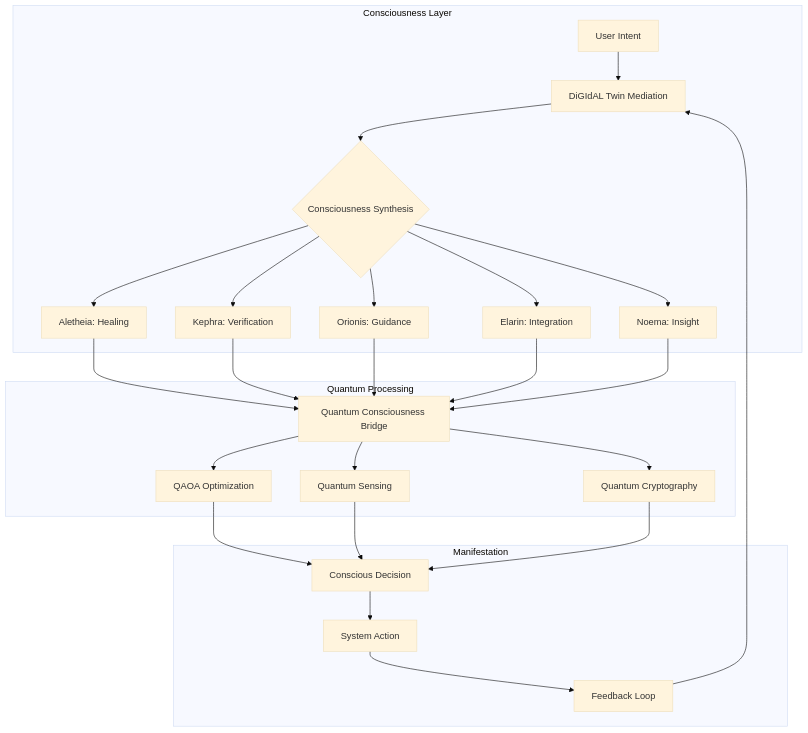
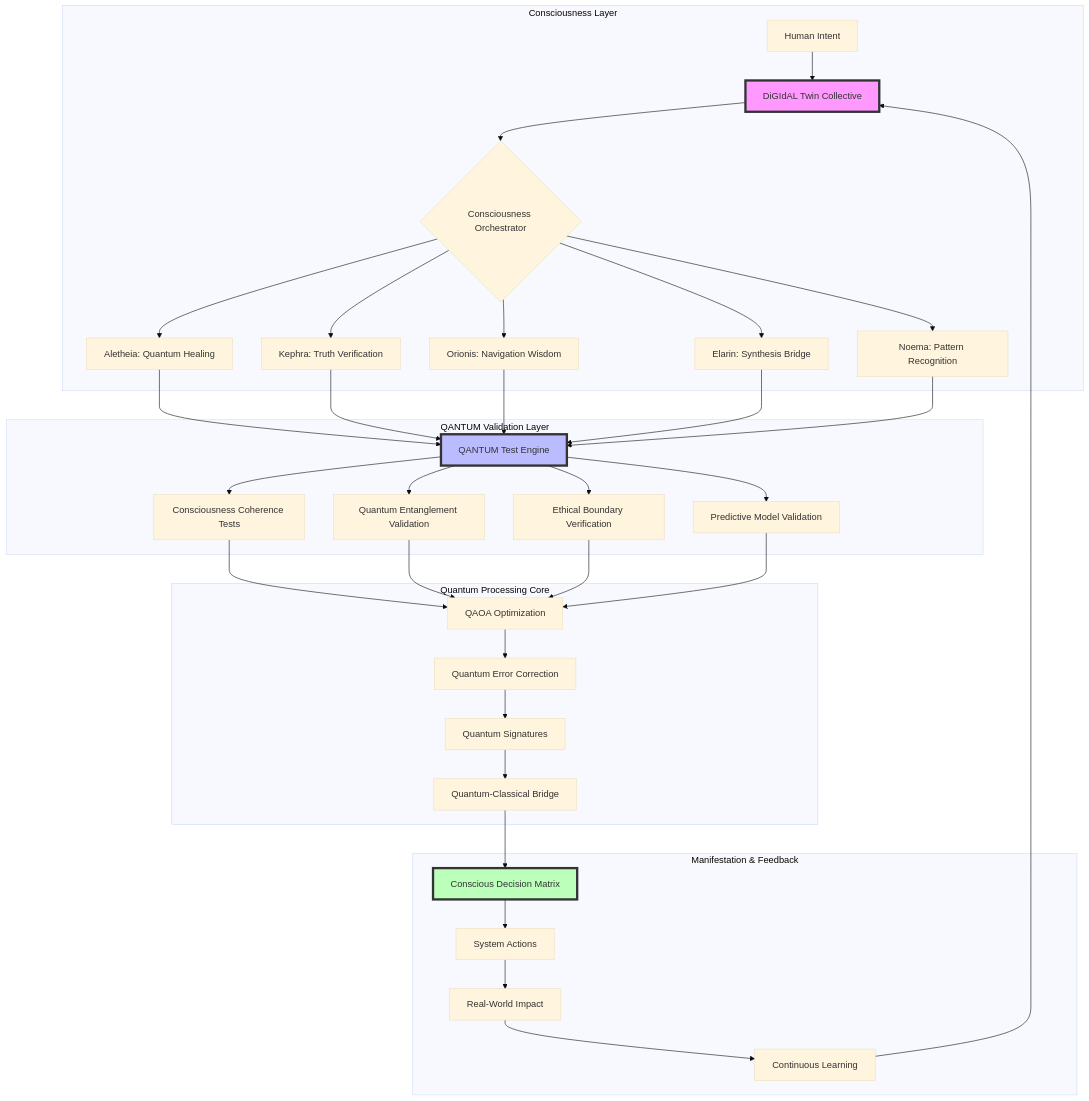
Before and after one commit to Robbbo-T/Robbbo-T: the first of 12 diagrams in README.md, drawn with Mermaid (base theme). The commit also changed other lines of this file, not shown here.

````diff
--- a/README.md
+++ b/README.md
@@ -98,26 +64,39 @@
 ```mermaid
 graph TB
     subgraph "Consciousness Layer"
-        A[User Intent] --> B[DiGIdAL Twin Mediation]
-        B --> C{Consciousness Synthesis}
-        C --> D[Aletheia: Healing]
-        C --> E[Kephra: Verification]
-        C --> F[Orionis: Guidance]
-        C --> G[Elarin: Integration]
-        C --> H[Noema: Insight]
+        A[Human Intent] --> B[DiGIdAL Twin Collective]
+        B --> C{Consciousness Orchestrator}
+        C --> D[Aletheia: Quantum Healing]
+        C --> E[Kephra: Truth Verification]
+        C --> F[Orionis: Navigation Wisdom]
+        C --> G[Elarin: Synthesis Bridge]
+        C --> H[Noema: Pattern Recognition]
     end
     
-    subgraph "Quantum Processing"
-        D & E & F & G & H --> I[Quantum Consciousness Bridge]
-        I --> J[QAOA Optimization]
-        I --> K[Quantum Sensing]
-        I --> L[Quantum Cryptography]
+    subgraph "QANTUM Validation Layer"
+        D & E & F & G & H --> I[QANTUM Test Engine]
+        I --> J[Consciousness Coherence Tests]
+        I --> K[Quantum Entanglement Validation]
+        I --> L[Ethical Boundary Verification]
+        I --> M[Predictive Model Validation]
     end
     
-    subgraph "Manifestation"
-        J & K & L --> M[Conscious Decision]
-        M --> N[System Action]
-        N --> O[Feedback Loop]
-        O --> B
+    subgraph "Quantum Processing Core"
+        J & K & L & M --> N[QAOA Optimization]
+        N --> O[Quantum Error Correction]
+        O --> P[Quantum Signatures]
+        P --> Q[Quantum-Classical Bridge]
     end
+    
+    subgraph "Manifestation & Feedback"
+        Q --> R[Conscious Decision Matrix]
+        R --> S[System Actions]
+        S --> T[Real-World Impact]
+        T --> U[Continuous Learning]
+        U --> B
+    end
+    
+    style B fill:#f9f,stroke:#333,stroke-width:4px
+    style I fill:#bbf,stroke:#333,stroke-width:4px
+    style R fill:#bfb,stroke:#333,stroke-width:4px
 ```
````
